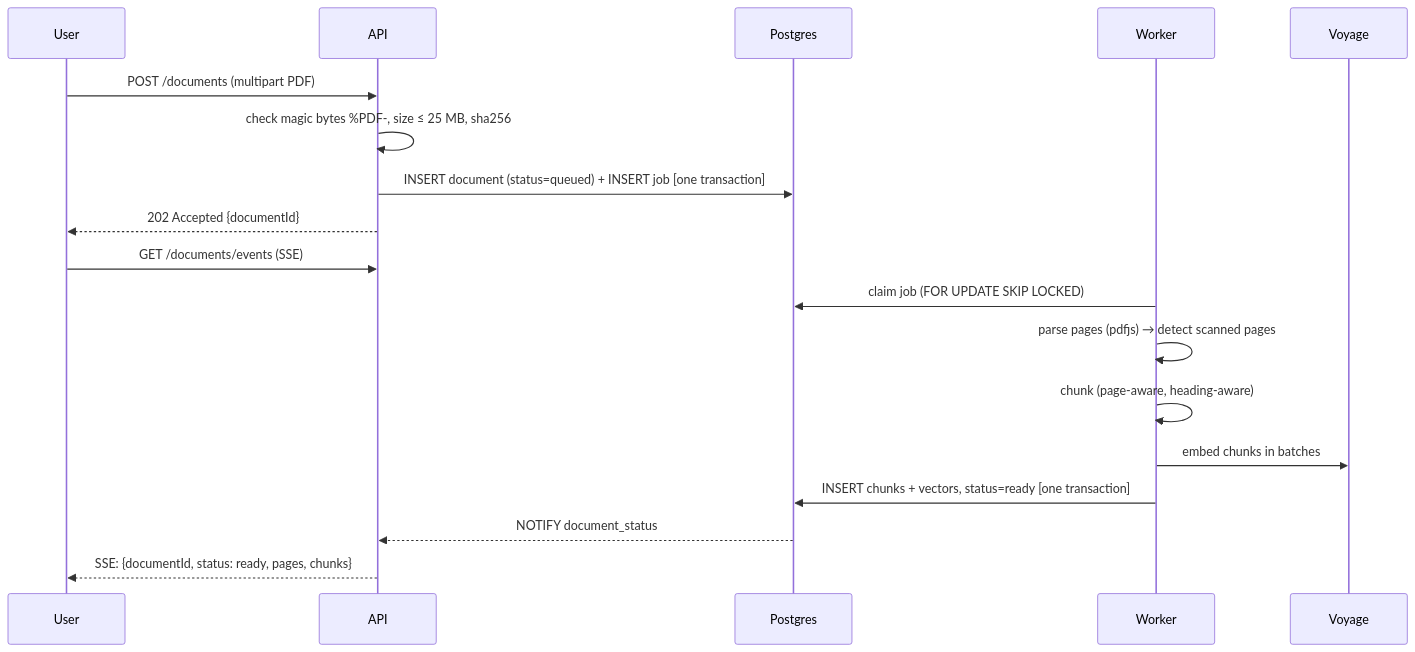
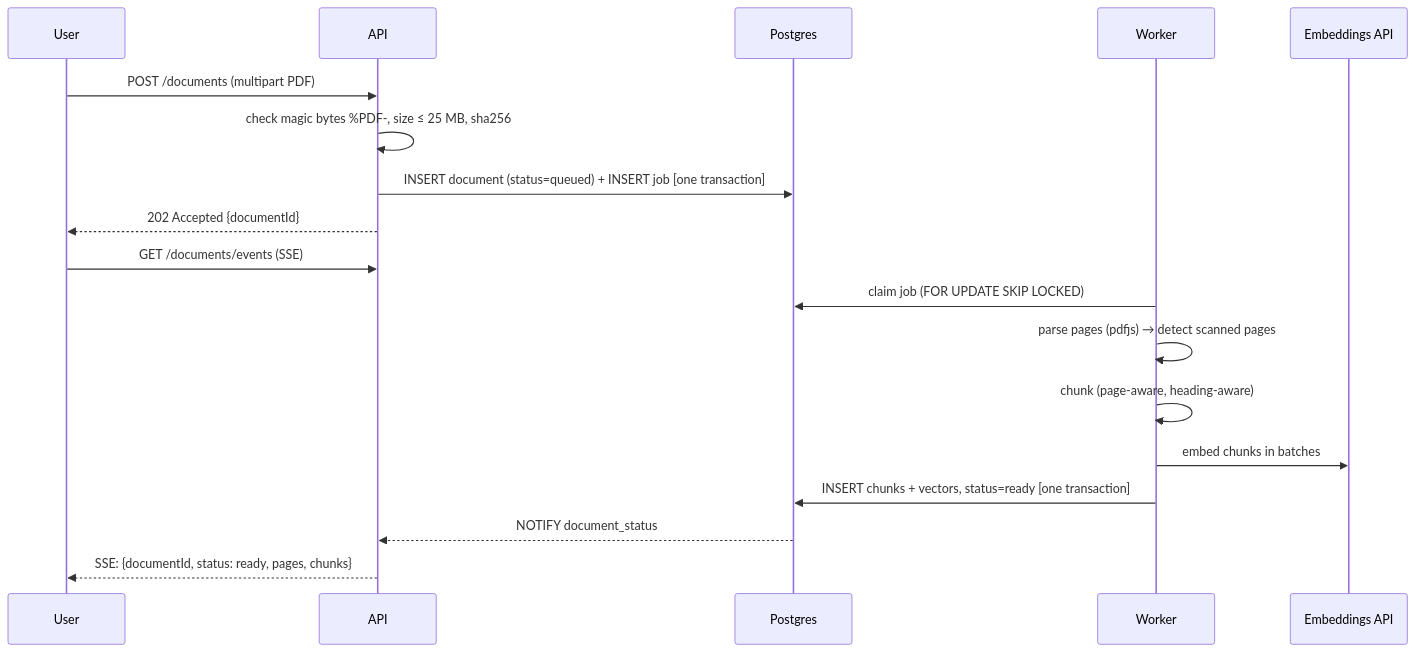
Before and after one commit to manak-gupta/documind: the second of 3 diagrams in docs/ARCHITECTURE.md, drawn with Mermaid. The commit also changed other lines of this file and 3 other files, not shown here.

````diff
--- a/docs/ARCHITECTURE.md
+++ b/docs/ARCHITECTURE.md
@@ -65,20 +65,20 @@
 ```mermaid
 sequenceDiagram
   participant U as User
   participant A as API
   participant D as Postgres
   participant K as Worker
-  participant V as Voyage
+  participant V as Embeddings API
   U->>A: POST /documents (multipart PDF)
   A->>A: check magic bytes %PDF-, size ≤ 25 MB, sha256
   A->>D: INSERT document (status=queued) + INSERT job  [one transaction]
   A-->>U: 202 Accepted {documentId}
   U->>A: GET /documents/events (SSE)
   K->>D: claim job (FOR UPDATE SKIP LOCKED)
   K->>K: parse pages (pdfjs) → detect scanned pages
   K->>K: chunk (page-aware, heading-aware)
   K->>V: embed chunks in batches
   K->>D: INSERT chunks + vectors, status=ready  [one transaction]
   D-->>A: NOTIFY document_status
   A-->>U: SSE: {documentId, status: ready, pages, chunks}
 ```
````
